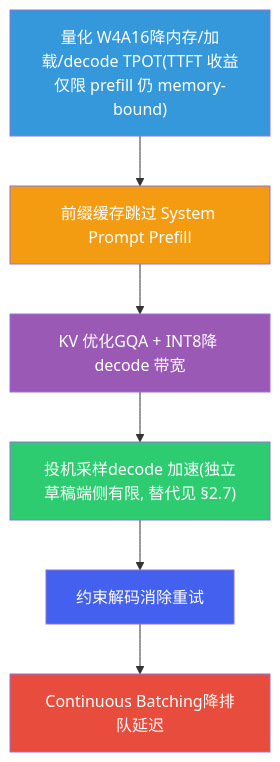
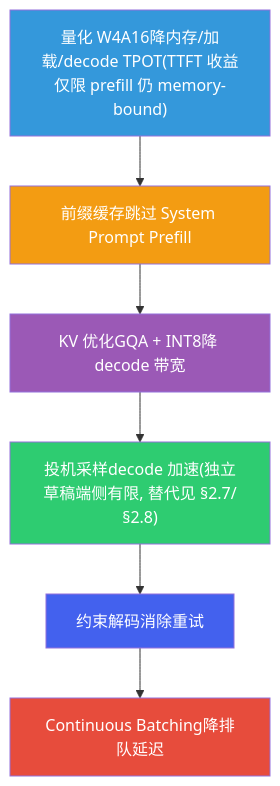
One commit to ranpin/edge-ai-docs changed the fifth of 5 diagrams in cockpit/general/infer-serving.md. Above: the diagram before and after it, drawn with Mermaid. The commit also changed other lines of this file and 5 other files, not shown here.

````diff
--- a/cockpit/general/infer-serving.md
+++ b/cockpit/general/infer-serving.md
@@ -578,15 +745,15 @@
 ```mermaid
 flowchart TB
     A["量化 W4A16降内存/加载/decode TPOT(TTFT 收益仅限 prefill 仍 memory-bound)"] --> B["前缀缓存跳过 System Prompt Prefill"]
     B --> C["KV 优化GQA + INT8降 decode 带宽"]
-    C --> D["投机采样decode 加速(独立草稿端侧有限, 替代见 §2.7)"]
+    C --> D["投机采样decode 加速(独立草稿端侧有限, 替代见 §2.7/§2.8)"]
     D --> E["约束解码消除重试"]
     E --> F["Continuous Batching降排队延迟"]
 
     style A fill:#3498db,color:#fff
     style B fill:#f39c12,color:#fff
     style C fill:#9b59b6,color:#fff
     style D fill:#2ecc71,color:#fff
     style E fill:#4361ee,color:#fff
     style F fill:#e74c3c,color:#fff
 ```
````
